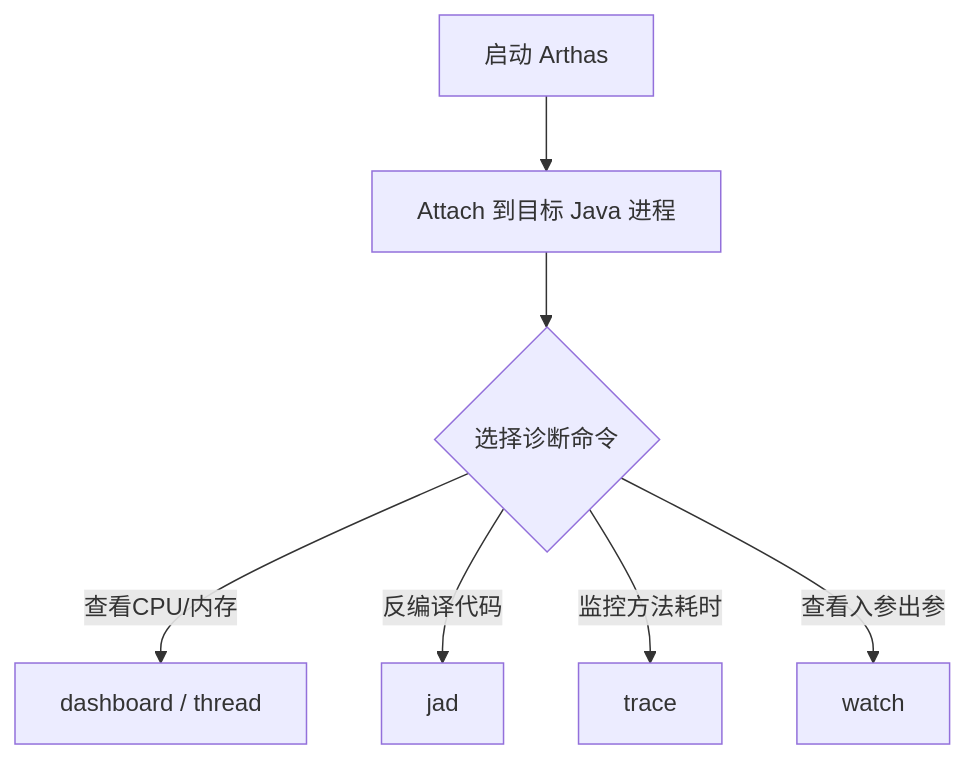
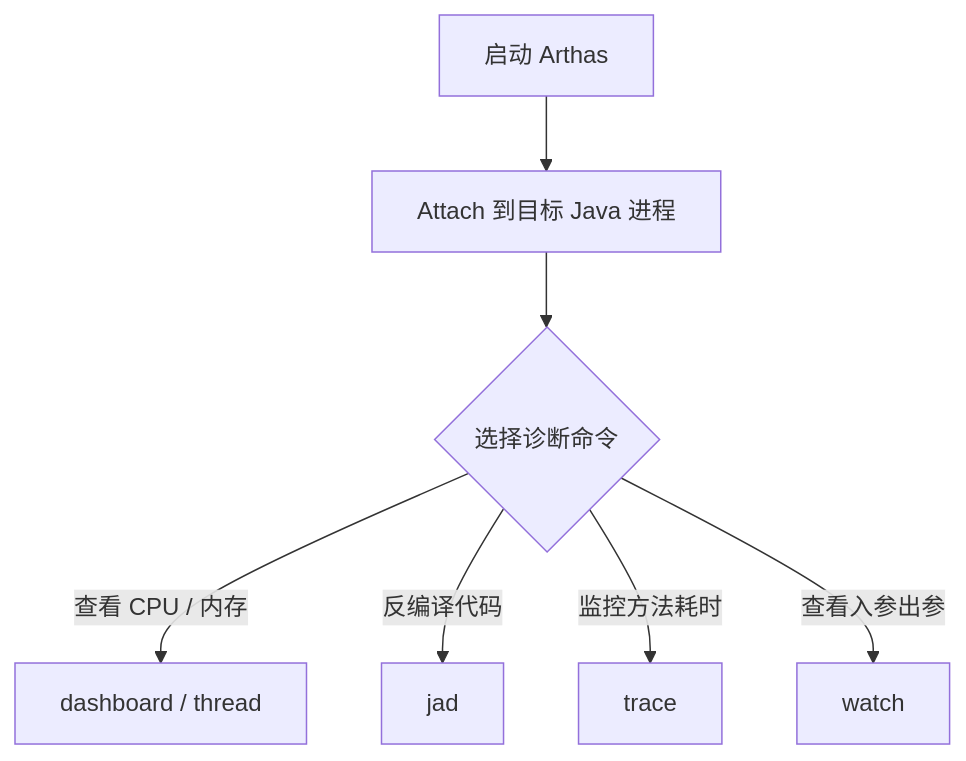
The diagram in docs/java/jvm/tuning-tools.md (Aiden-Coding/AiDocs), drawn with Mermaid before and after one commit. The commit also changed other lines of this file and 3 other files, not shown here.

````diff
--- a/docs/java/jvm/tuning-tools.md
+++ b/docs/java/jvm/tuning-tools.md
@@ -99,9 +99,9 @@
 ```mermaid
 graph TD
     A[启动 Arthas] --> B[Attach 到目标 Java 进程]
     B --> C{选择诊断命令}
-    C -->|查看CPU/内存| D[dashboard / thread]
+    C -->|查看 CPU / 内存| D[dashboard / thread]
     C -->|反编译代码| E[jad]
     C -->|监控方法耗时| F[trace]
     C -->|查看入参出参| G[watch]
 ```
````
